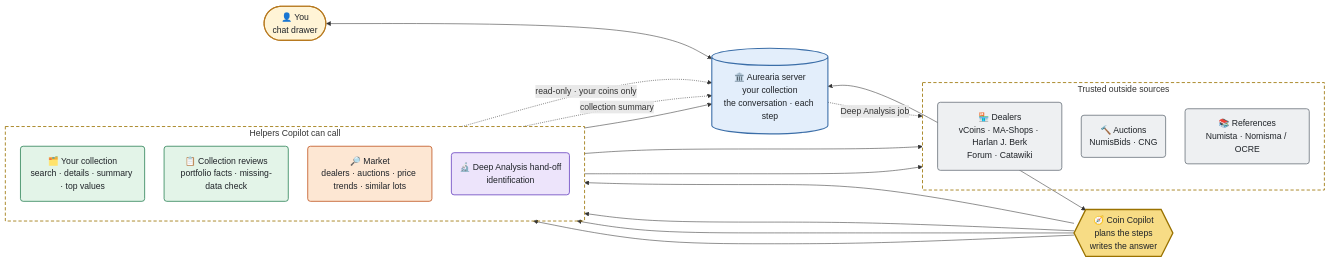
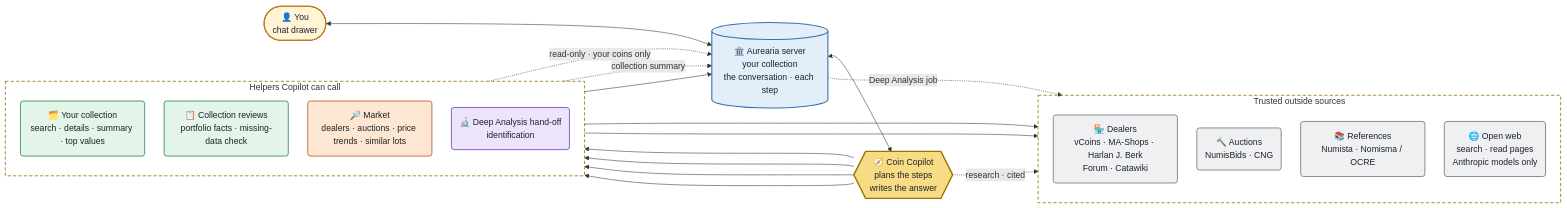
Before and after one commit to briandenicola/Aurearia: the first of 5 diagrams in docs/features/how-coin-copilot-works.md, drawn with Mermaid. The commit also changed other lines of this file and 5 other files, not shown here.

First line of the commit message:
docs(copilot): document web research and route MCP research questions to Copilot

````diff
--- a/docs/features/how-coin-copilot-works.md
+++ b/docs/features/how-coin-copilot-works.md
@@ -39,42 +42,44 @@
 ```mermaid
 %%{init: {"flowchart": {"curve": "basis", "nodeSpacing": 36, "rankSpacing": 48}}}%%
 flowchart LR
     You(["👤 You<br/>chat drawer"]):::person
     App[("🏛️ Aurearia server<br/>your collection<br/>the conversation · each step")]:::server
     Copilot{{"🧭 Coin Copilot<br/>plans the steps<br/>writes the answer"}}:::copilot
 
     subgraph Helpers["Helpers Copilot can call"]
         direction TB
         H1("🗂️ Your collection<br/>search · details · summary · top values"):::collection
         H2("📋 Collection reviews<br/>portfolio facts · missing-data check"):::collection
         H3("🔎 Market<br/>dealers · auctions · price trends · similar lots"):::market
         H4("🔬 Deep Analysis hand-off<br/>identification"):::identify
     end
 
     subgraph Outside["Trusted outside sources"]
         direction TB
         D("🏪 Dealers<br/>vCoins · MA-Shops · Harlan J. Berk<br/>Forum · Catawiki"):::outside
         A("🔨 Auctions<br/>NumisBids · CNG"):::outside
         R("📚 References<br/>Numista · Nomisma / OCRE"):::outside
+        W("🌐 Open web<br/>search · read pages<br/>Anthropic models only"):::outside
     end
 
     You <--> App
     App <--> Copilot
     Copilot --> H1 & H2 & H3 & H4
     H1 -. "read-only · your coins only" .-> App
     H2 -. "collection summary" .-> App
     H3 --> D & A
     H4 --> App
+    Copilot -. "research · cited" .-> W
     App -. "Deep Analysis job" .-> R
 
     classDef person fill:#fff4d6,stroke:#b7791f,stroke-width:2px,color:#1f2328
     classDef server fill:#e3eefb,stroke:#3b6ea8,stroke-width:2px,color:#1f2328
     classDef copilot fill:#f7dc85,stroke:#9a7200,stroke-width:2.5px,color:#1f2328
     classDef collection fill:#e3f4e8,stroke:#2f855a,stroke-width:1.5px,color:#1f2328
     classDef market fill:#fde7d3,stroke:#c05621,stroke-width:1.5px,color:#1f2328
     classDef identify fill:#ede4fb,stroke:#6b46c1,stroke-width:1.5px,color:#1f2328
     classDef outside fill:#eef0f2,stroke:#6c757d,stroke-width:1.5px,color:#1f2328
     classDef decision fill:#fff4d6,stroke:#b7791f,stroke-width:2px,color:#1f2328
     style Helpers fill:none,stroke:#9a7200,stroke-width:1.5px,stroke-dasharray:6 4
     style Outside fill:none,stroke:#9a7200,stroke-width:1.5px,stroke-dasharray:6 4
 ```
````
